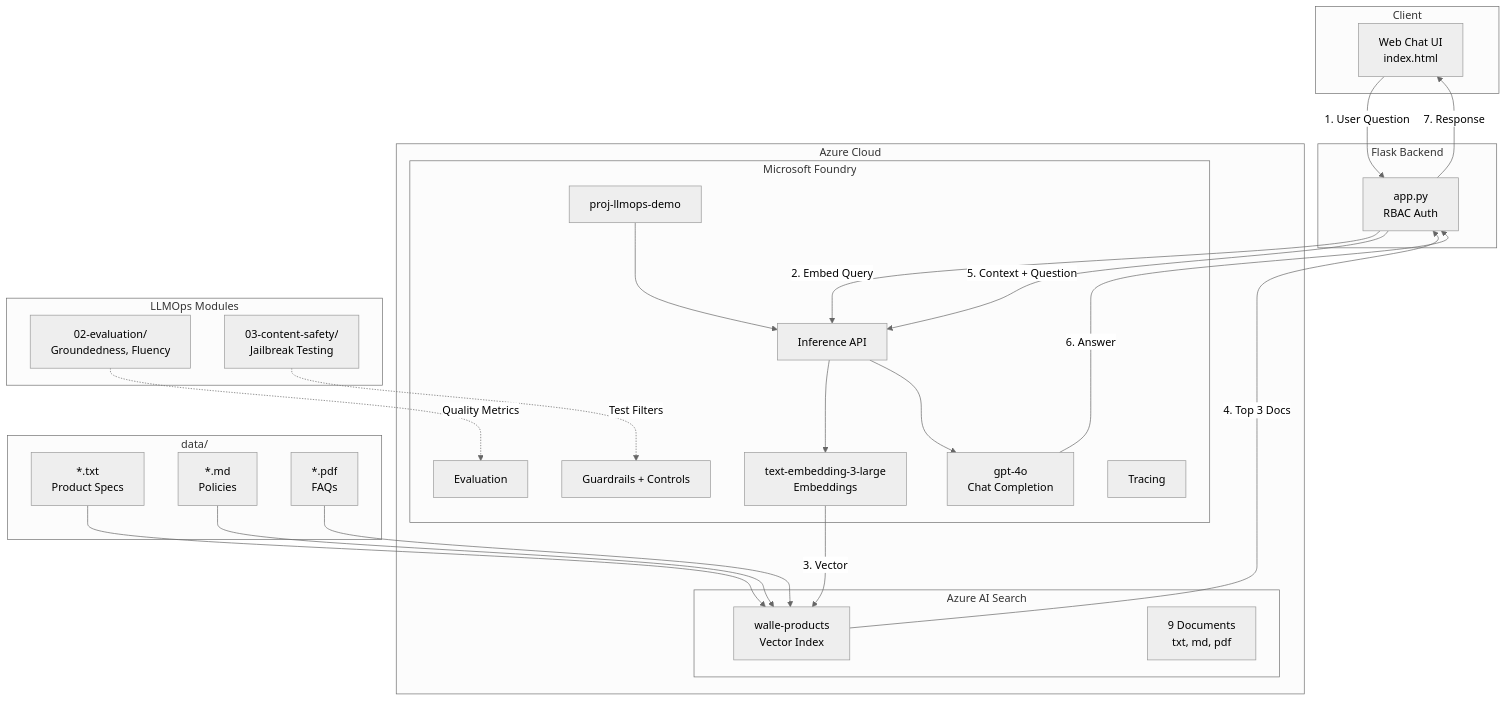
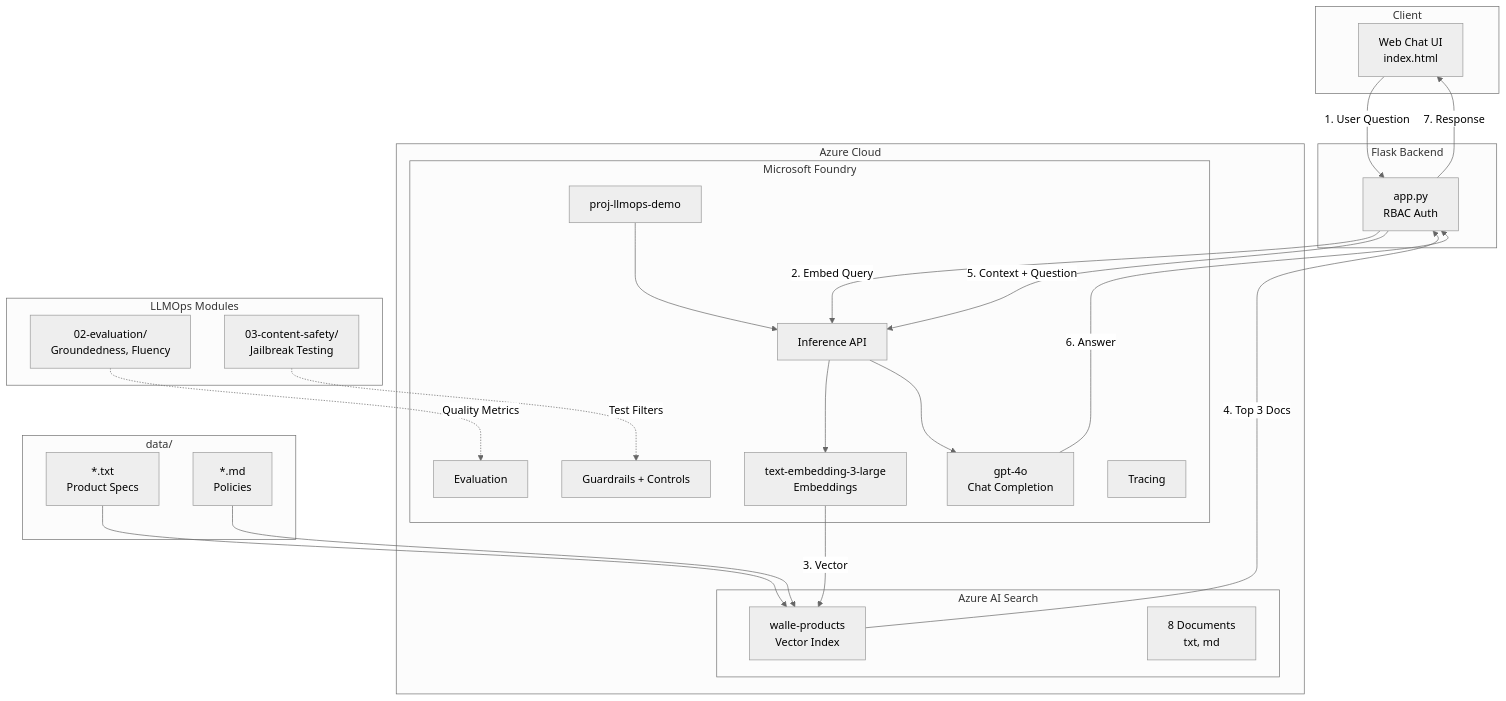
Before and after one commit to ritwickmicrosoft/llmops-workshop-demo-foundry: the first of 3 diagrams in README.md, drawn with Mermaid (neutral theme). The commit also changed other lines of this file and 14 other files, not shown here.

````diff
--- a/README.md
+++ b/README.md
@@ -12,56 +12,54 @@
 ```mermaid
 flowchart TB
     subgraph Client["Client"]
         UI["Web Chat UI<br/>index.html"]
     end
 
     subgraph Backend["Flask Backend"]
         APP["app.py<br/>RBAC Auth"]
     end
 
     subgraph Azure["Azure Cloud"]
         subgraph Foundry["Microsoft Foundry"]
             PROJECT["proj-llmops-demo"]
             INFERENCE["Inference API"]
             GPT["gpt-4o<br/>Chat Completion"]
             EMB["text-embedding-3-large<br/>Embeddings"]
             SAFETY["Guardrails + Controls"]
             EVAL["Evaluation"]
             TRACE["Tracing"]
         end
         
         subgraph Search["Azure AI Search"]
             INDEX["walle-products<br/>Vector Index"]
-            DOCS["9 Documents<br/>txt, md, pdf"]
+            DOCS["8 Documents<br/>txt, md"]
         end
     end
 
     subgraph LLMOps["LLMOps Modules"]
         EVALMOD["02-evaluation/<br/>Groundedness, Fluency"]
         SAFETYMOD["03-content-safety/<br/>Jailbreak Testing"]
     end
 
     subgraph DataFolder["data/"]
         TXT["*.txt<br/>Product Specs"]
         MD["*.md<br/>Policies"]
-        PDF["*.pdf<br/>FAQs"]
     end
 
     UI -->|"1. User Question"| APP
     APP -->|"2. Embed Query"| INFERENCE
     INFERENCE --> EMB
     EMB -->|"3. Vector"| INDEX
     INDEX -->|"4. Top 3 Docs"| APP
     APP -->|"5. Context + Question"| INFERENCE
     INFERENCE --> GPT
     GPT -->|"6. Answer"| APP
     APP -->|"7. Response"| UI
     
     TXT --> INDEX
     MD --> INDEX
-    PDF --> INDEX
     
     PROJECT --> INFERENCE
     EVALMOD -.->|"Quality Metrics"| EVAL
     SAFETYMOD -.->|"Test Filters"| SAFETY
 ```
````
